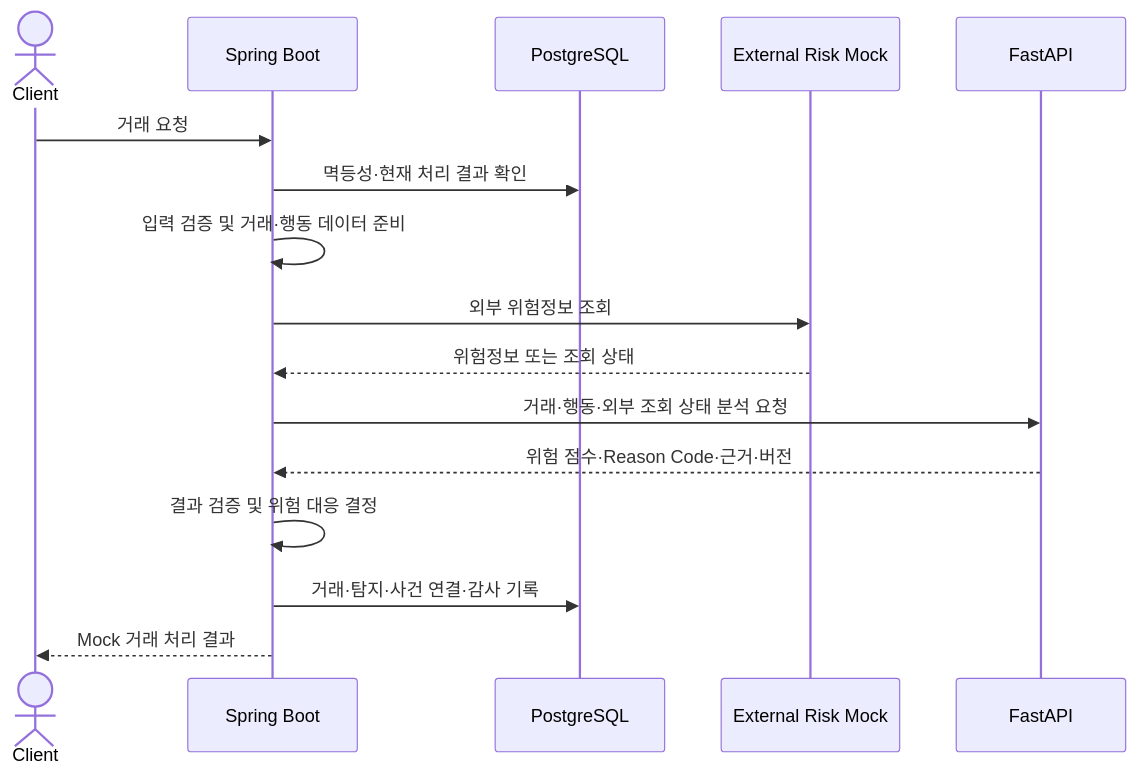
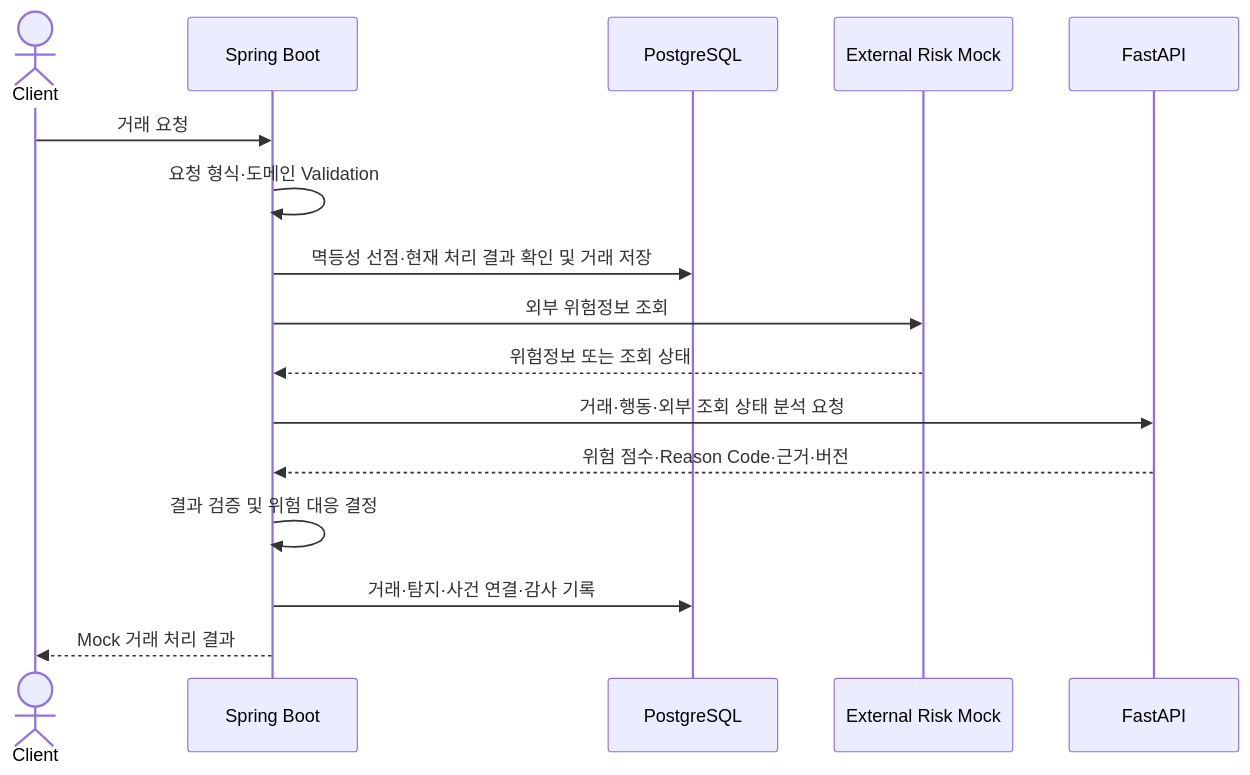
One commit to Ahnjisan/FinGuardOps changed the second of 4 diagrams in docs/02-architecture/system-architecture.md. Above: the diagram before and after it, drawn with Mermaid. The commit also changed other lines of this file and 10 other files, not shown here.

````diff
--- a/docs/02-architecture/system-architecture.md
+++ b/docs/02-architecture/system-architecture.md
@@ -529,19 +529,19 @@
 ```mermaid
 sequenceDiagram
     actor Client
     participant Spring as Spring Boot
     participant DB as PostgreSQL
     participant Risk as External Risk Mock
     participant AI as FastAPI
 
     Client->>Spring: 거래 요청
-    Spring->>DB: 멱등성·현재 처리 결과 확인
-    Spring->>Spring: 입력 검증 및 거래·행동 데이터 준비
+    Spring->>Spring: 요청 형식·도메인 Validation
+    Spring->>DB: 멱등성 선점·현재 처리 결과 확인 및 거래 저장
     Spring->>Risk: 외부 위험정보 조회
     Risk-->>Spring: 위험정보 또는 조회 상태
     Spring->>AI: 거래·행동·외부 조회 상태 분석 요청
     AI-->>Spring: 위험 점수·Reason Code·근거·버전
     Spring->>Spring: 결과 검증 및 위험 대응 결정
     Spring->>DB: 거래·탐지·사건 연결·감사 기록
     Spring-->>Client: Mock 거래 처리 결과
 ```
````
